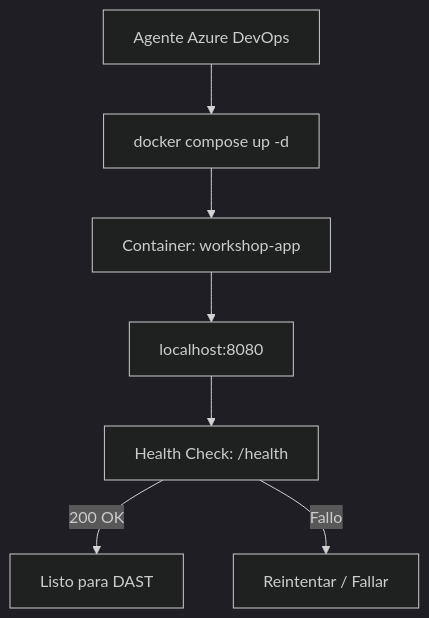
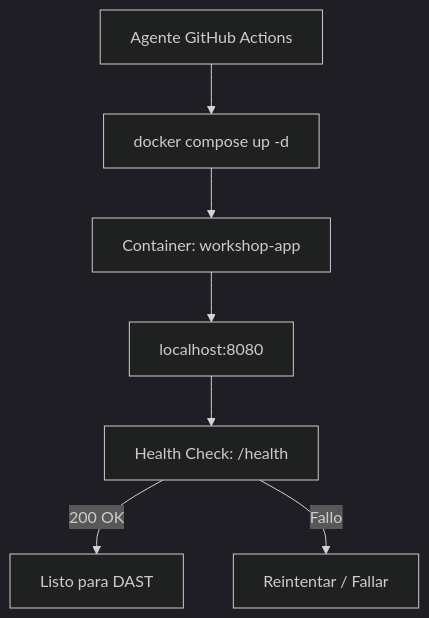
One commit to jhonsanchez/workshop-devsecops-pipelines changed the diagram in docs/lab08-dast/step1.md. Above: the diagram before and after it, drawn with Mermaid (dark theme). The commit also changed other lines of this file and 52 other files, not shown here.

First line of the commit message:
feat: pivot workshop from Azure DevOps to GitHub Actions

````diff
--- a/docs/lab08-dast/step1.md
+++ b/docs/lab08-dast/step1.md
@@ -17,9 +17,9 @@
 ```mermaid
 graph TD
-    A[Agente Azure DevOps] --> B[docker compose up -d]
+    A[Agente GitHub Actions] --> B[docker compose up -d]
     B --> C[Container: workshop-app]
     C --> D[localhost:8080]
     D --> E[Health Check: /health]
     E -->|200 OK| F[Listo para DAST]
     E -->|Fallo| G[Reintentar / Fallar]
 ```
````
